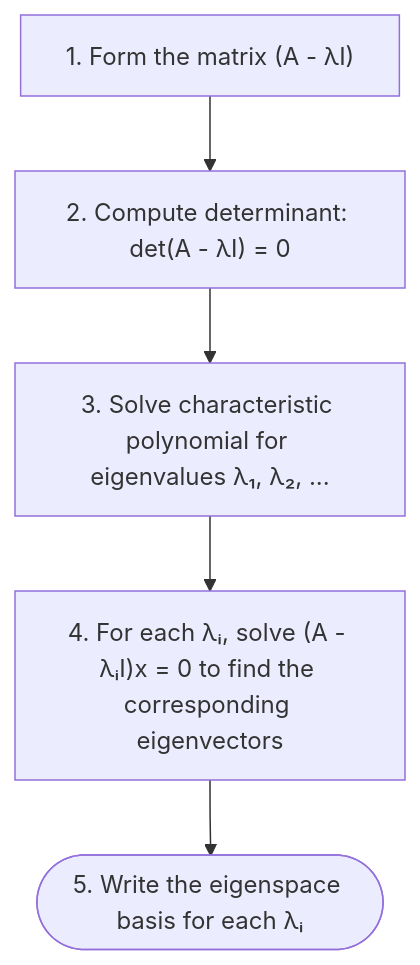
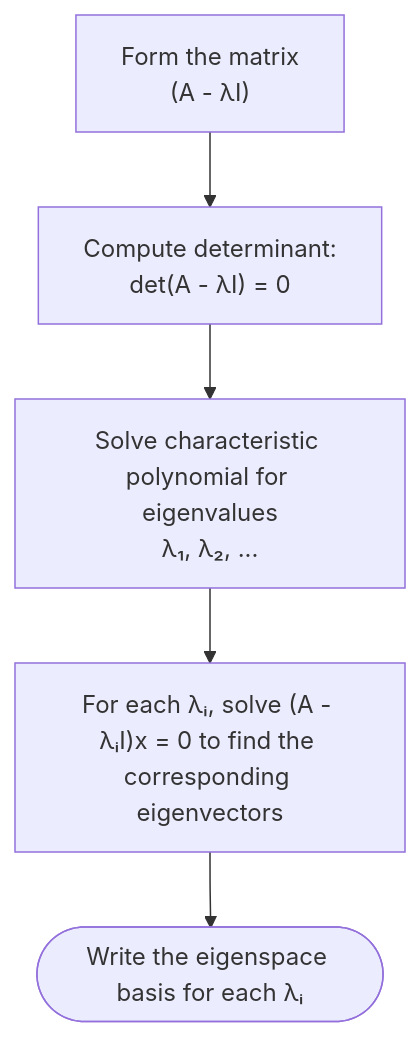
The diagram in content/Year 1/Linear Algebra with MATLAB/8. Eigenvalues and Eigenvectors.md (aidocmr/learn-bscs), drawn with Mermaid before and after one commit. The commit also changed 17 other files, not shown here.

````diff
--- a/content/Year 1/Linear Algebra with MATLAB/8. Eigenvalues and Eigenvectors.md
+++ b/content/Year 1/Linear Algebra with MATLAB/8. Eigenvalues and Eigenvectors.md
@@ -44,7 +44,7 @@
 ```mermaid
 flowchart TD
-    A["1. Form the matrix (A - λI)"] --> B["2. Compute determinant: det(A - λI) = 0"]
-    B --> C["3. Solve characteristic polynomial for eigenvalues λ₁, λ₂, ..."]
-    C --> D["4. For each λᵢ, solve (A - λᵢI)x = 0 to find the corresponding eigenvectors"]
-    D --> E(["5. Write the eigenspace basis for each λᵢ"])
+    A["Form the matrix<br>(A - λI)"] --> B["Compute determinant:<br>det(A - λI) = 0"]
+    B --> C["Solve characteristic polynomial for eigenvalues<br>λ₁, λ₂, ..."]
+    C --> D["For each λᵢ, solve (A - λᵢI)x = 0 to find the corresponding eigenvectors"]
+    D --> E(["Write the eigenspace basis for each λᵢ"])
 ```
````
